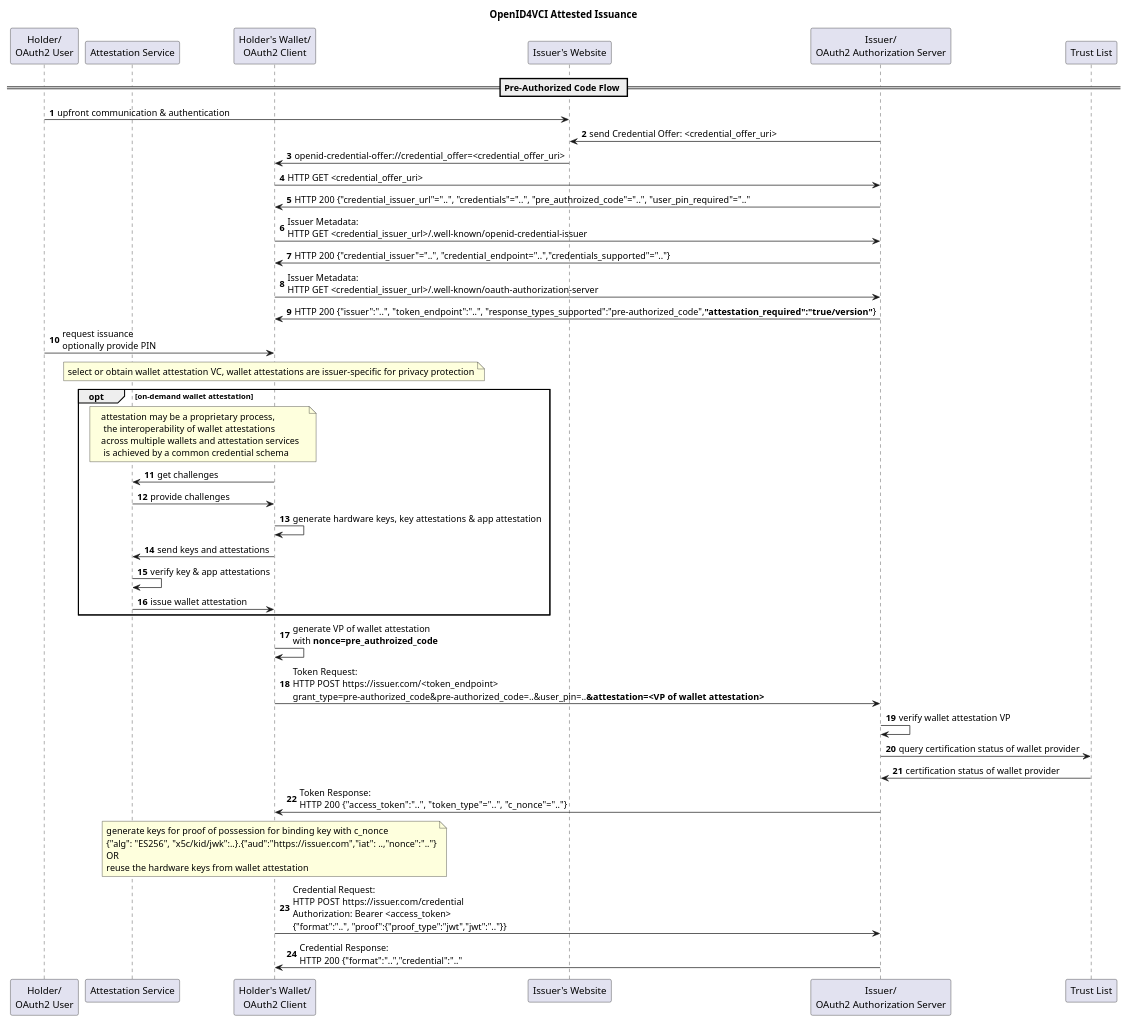
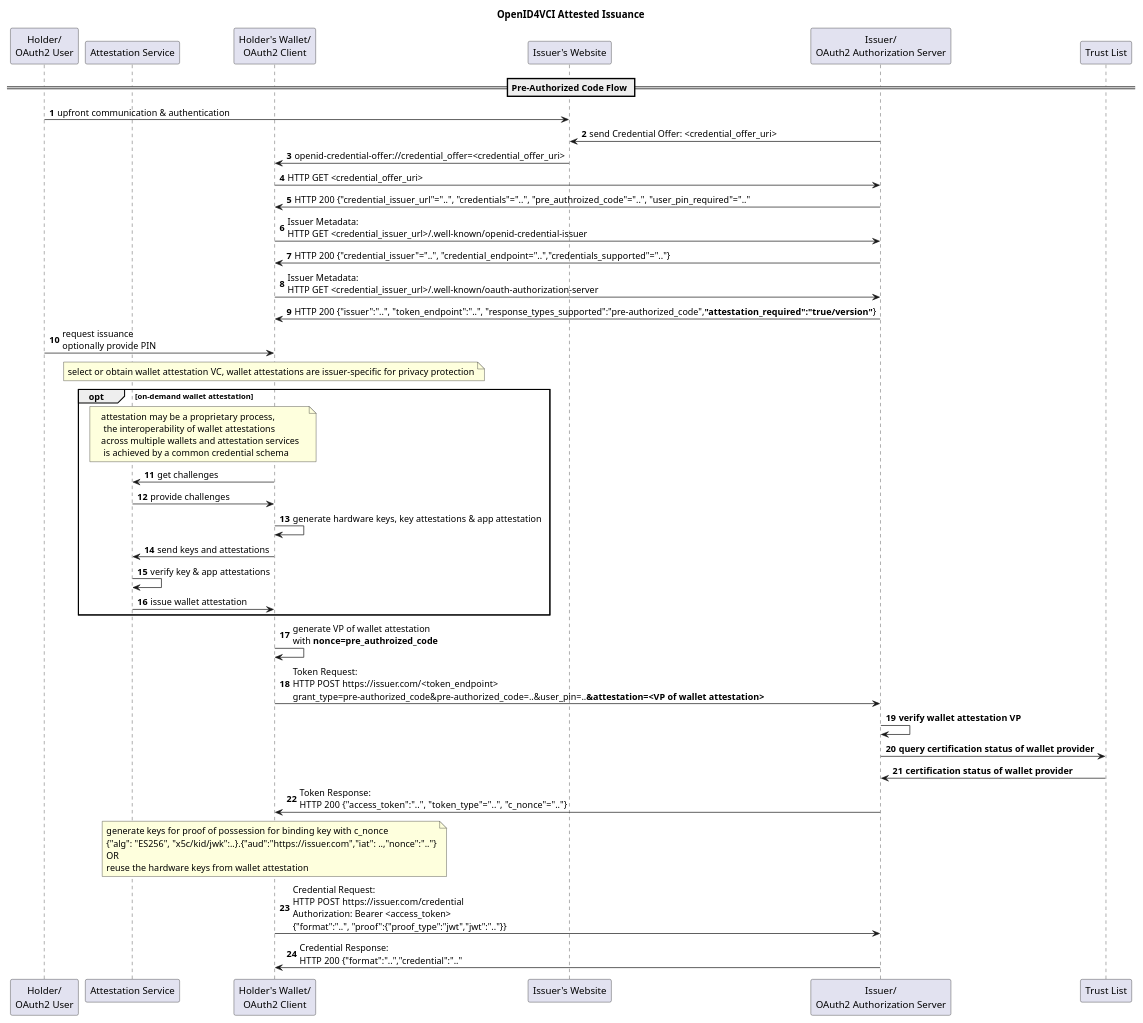
One commit to IDunion/hackathon changed the diagram in Attestation/issuance_flow.puml. Above: the diagram before and after it, drawn with PlantUML.

```diff
--- a/Attestation/issuance_flow.puml
+++ b/Attestation/issuance_flow.puml
@@ -1,55 +1,55 @@
 @startuml
 'https://plantuml.com/sequence-diagram
 
 title OpenID4VCI Attested Issuance
 
 autonumber
 
 participant u as "Holder/\nOAuth2 User"
 participant a as "Attestation Service"
 participant w as "Holder's Wallet/\nOAuth2 Client"
 participant b as "Issuer's Website"
 participant i as "Issuer/\nOAuth2 Authorization Server"
 participant t as "Trust List"
 
 == Pre-Authorized Code Flow ==
 u -> b : upfront communication & authentication
 
 i -> b : send Credential Offer: <credential_offer_uri>
 b -> w : openid-credential-offer://credential_offer=<credential_offer_uri>
 
 w -> i : HTTP GET <credential_offer_uri>
 i -> w : HTTP 200 {"credential_issuer_url"="..", "credentials"="..", "pre_authroized_code"="..", "user_pin_required"=".."
 
 w -> i : Issuer Metadata:\nHTTP GET <credential_issuer_url>/.well-known/openid-credential-issuer
 i -> w : HTTP 200 {"credential_issuer"="..", "credential_endpoint="..","credentials_supported"=".."}
 
 w -> i : Issuer Metadata:\nHTTP GET <credential_issuer_url>/.well-known/oauth-authorization-server
 i -> w : HTTP 200 {"issuer":"..", "token_endpoint":"..", "response_types_supported":"pre-authorized_code",**"attestation_required":"true/version"**}
 
 u -> w : request issuance\noptionally provide PIN
 
 note over w: select or obtain wallet attestation VC, wallet attestations are issuer-specific for privacy protection
 opt on-demand wallet attestation
 note over w,a: attestation may be a proprietary process,\n the interoperability of wallet attestations\nacross multiple wallets and attestation services\n is achieved by a common credential schema
 w -> a : get challenges
 a -> w : provide challenges
 w -> w : generate hardware keys, key attestations & app attestation
 w -> a : send keys and attestations
 a -> a : verify key & app attestations
 a -> w : issue wallet attestation
 end
 
 w -> w : generate VP of wallet attestation\nwith **nonce=pre_authroized_code**
 
 w -> i : Token Request:\nHTTP POST https://issuer.com/<token_endpoint>\ngrant_type=pre-authorized_code&pre-authorized_code=..&user_pin=..**&attestation=<VP of wallet attestation>**
-i -> i : verify wallet attestation VP
-i -> t : query certification status of wallet provider
-t -> i : certification status of wallet provider
+i -> i : **verify wallet attestation VP**
+i -> t : **query certification status of wallet provider**
+t -> i : **certification status of wallet provider**
 i -> w : Token Response:\nHTTP 200  {"access_token":"..", "token_type"="..", "c_nonce"=".."}
 
 note over w : generate keys for proof of possession for binding key with c_nonce\n{"alg": "ES256", "x5c/kid/jwk":..}.{"aud":"https://issuer.com","iat": ..,"nonce":".."}\nOR\nreuse the hardware keys from wallet attestation
 w -> i : Credential Request:\nHTTP POST https://issuer.com/credential\nAuthorization: Bearer <access_token>\n{"format":"..", "proof":{"proof_type":"jwt","jwt":".."}}
 i -> w : Credential Response:\nHTTP 200 {"format":"..","credential":".."
 
 @enduml
```
